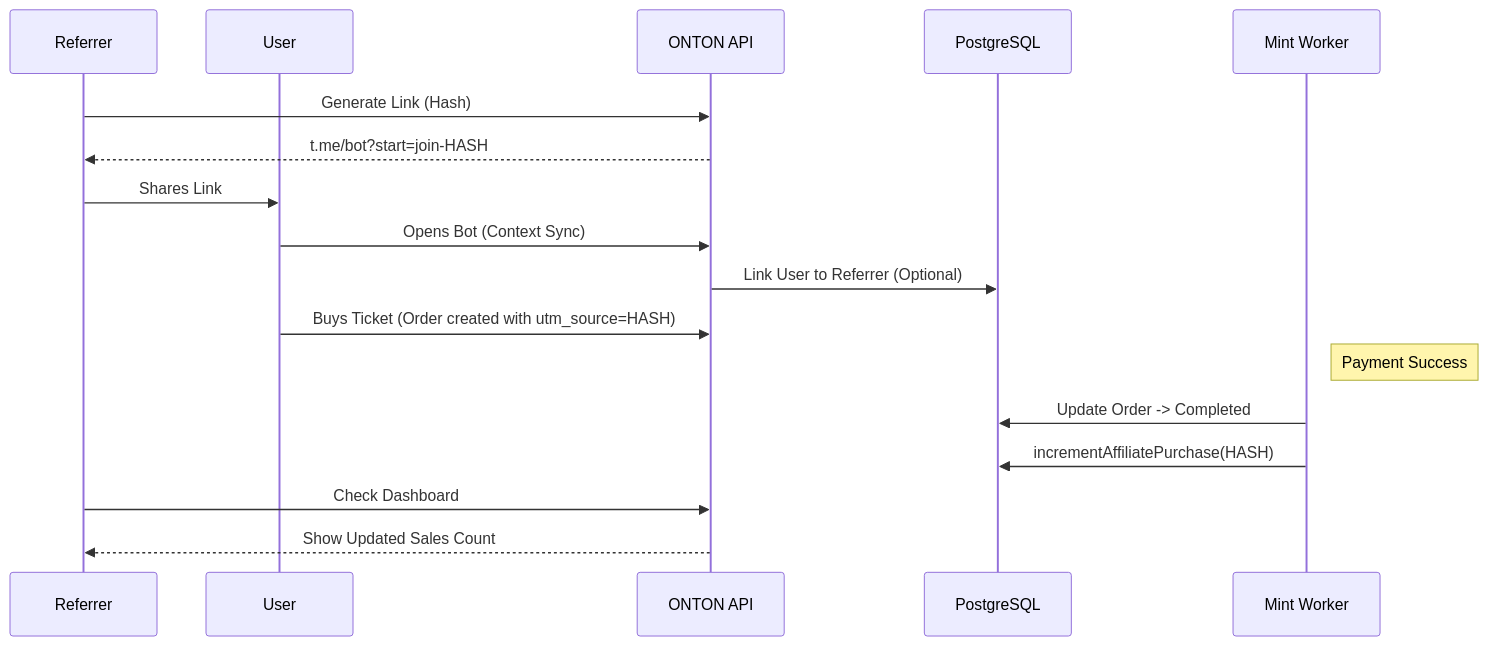
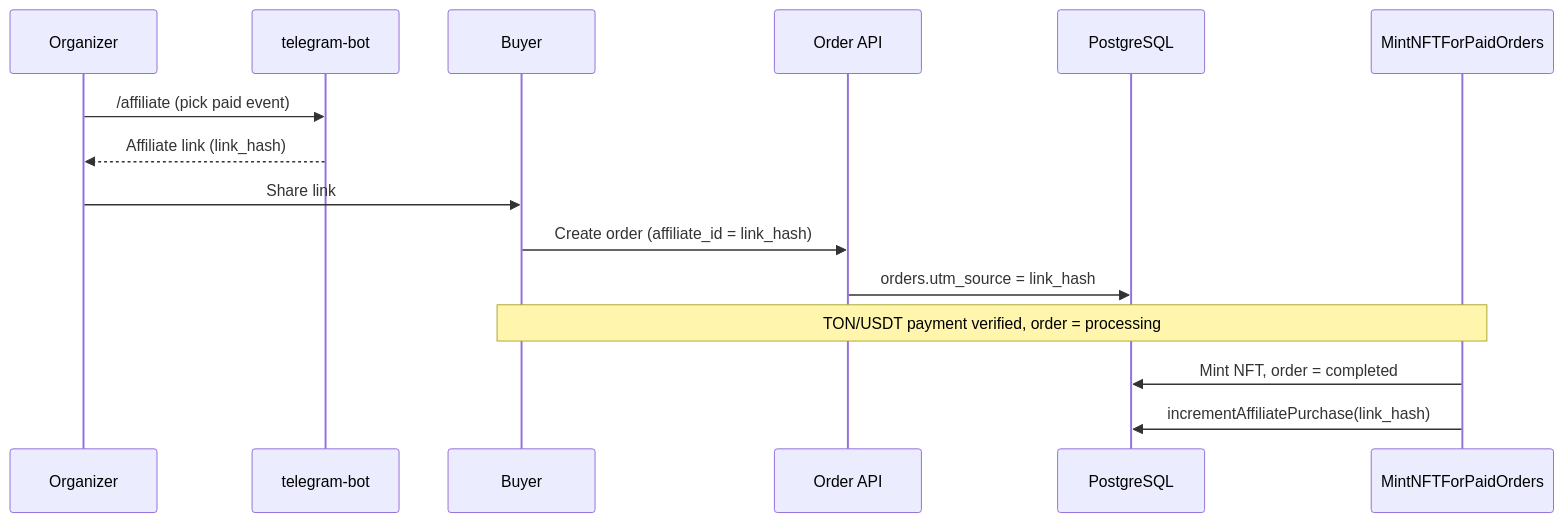
The diagram in knowledge_base/affiliate_system.md (ExecutESG/onton), drawn with Mermaid before and after one commit. The commit also changed other lines of this file and 41 other files, not shown here.

````diff
--- a/knowledge_base/affiliate_system.md
+++ b/knowledge_base/affiliate_system.md
@@ -40,24 +45,18 @@
 ```mermaid
 sequenceDiagram
-    participant Ref as Referrer
-    participant Buyer as User
-    participant API as ONTON API
+    participant Org as Organizer
+    participant Bot as telegram-bot
+    participant Buyer as Buyer
+    participant API as Order API
     participant DB as PostgreSQL
-    participant Worker as Mint Worker
+    participant Cron as MintNFTForPaidOrders
 
-    Ref->>API: Generate Link (Hash)
-    API-->>Ref: t.me/bot?start=join-HASH
-
-    Ref->>Buyer: Shares Link
-    Buyer->>API: Opens Bot (Context Sync)
-    API->>DB: Link User to Referrer (Optional)
-    
-    Buyer->>API: Buys Ticket (Order created with utm_source=HASH)
-    
-    note right of Worker: Payment Success
-    Worker->>DB: Update Order -> Completed
-    Worker->>DB: incrementAffiliatePurchase(HASH)
-    
-    Ref->>API: Check Dashboard
-    API-->>Ref: Show Updated Sales Count
+    Org->>Bot: /affiliate (pick paid event)
+    Bot-->>Org: Affiliate link (link_hash)
+    Org->>Buyer: Share link
+    Buyer->>API: Create order (affiliate_id = link_hash)
+    API->>DB: orders.utm_source = link_hash
+    Note over Buyer,Cron: TON/USDT payment verified, order = processing
+    Cron->>DB: Mint NFT, order = completed
+    Cron->>DB: incrementAffiliatePurchase(link_hash)
 ```
````
